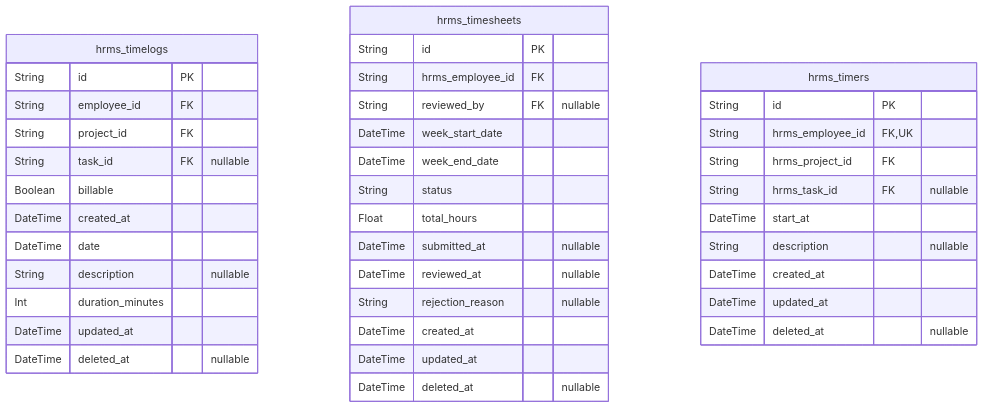
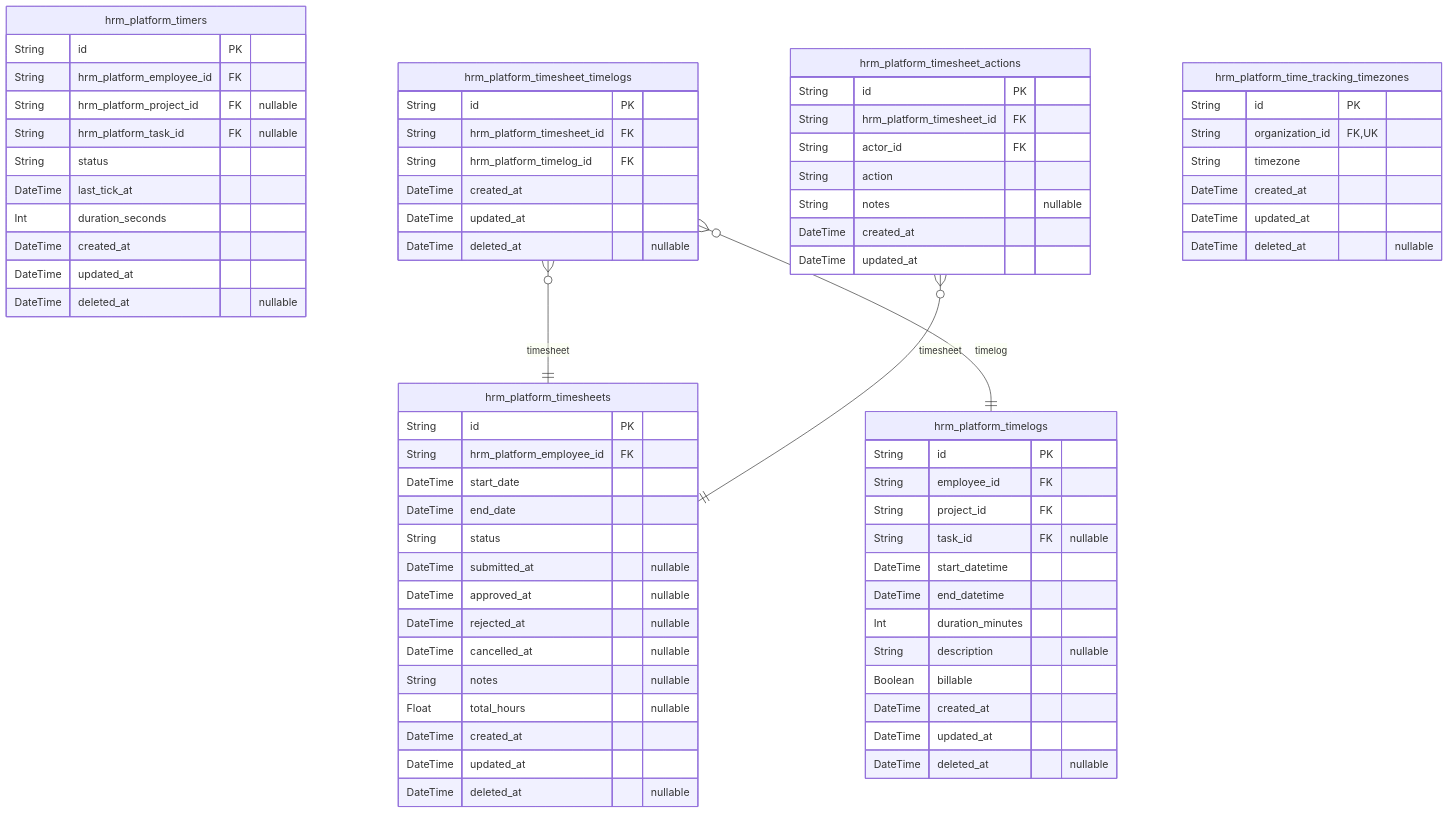
Before and after one commit to wrtnlabs/autobe-examples: the sixth of 8 diagrams in qwen/qwen3.5-35b-a3b/erp/docs/ERD.md, drawn with Mermaid. The commit also changed other lines of this file and 32093 other files, not shown here.

````diff
--- a/qwen/qwen3.5-35b-a3b/erp/docs/ERD.md
+++ b/qwen/qwen3.5-35b-a3b/erp/docs/ERD.md
@@ -995,42 +1803,73 @@
 ```mermaid
 erDiagram
-"hrms_timelogs" {
+"hrm_platform_timers" {
+  String id PK
+  String hrm_platform_employee_id FK
+  String hrm_platform_project_id FK "nullable"
+  String hrm_platform_task_id FK "nullable"
+  String status
+  DateTime last_tick_at
+  Int duration_seconds
+  DateTime created_at
+  DateTime updated_at
+  DateTime deleted_at "nullable"
+}
+"hrm_platform_timelogs" {
   String id PK
   String employee_id FK
   String project_id FK
   String task_id FK "nullable"
+  DateTime start_datetime
+  DateTime end_datetime
+  Int duration_minutes
+  String description "nullable"
   Boolean billable
-  DateTime created_at
-  DateTime date
-  String description "nullable"
-  Int duration_minutes
-  DateTime updated_at
-  DateTime deleted_at "nullable"
-}
-"hrms_timesheets" {
-  String id PK
-  String hrms_employee_id FK
-  String reviewed_by FK "nullable"
-  DateTime week_start_date
-  DateTime week_end_date
-  String status
-  Float total_hours
-  DateTime submitted_at "nullable"
-  DateTime reviewed_at "nullable"
-  String rejection_reason "nullable"
   DateTime created_at
   DateTime updated_at
   DateTime deleted_at "nullable"
 }
-"hrms_timers" {
+"hrm_platform_timesheets" {
   String id PK
-  String hrms_employee_id FK,UK
-  String hrms_project_id FK
-  String hrms_task_id FK "nullable"
-  DateTime start_at
-  String description "nullable"
+  String hrm_platform_employee_id FK
+  DateTime start_date
+  DateTime end_date
+  String status
+  DateTime submitted_at "nullable"
+  DateTime approved_at "nullable"
+  DateTime rejected_at "nullable"
+  DateTime cancelled_at "nullable"
+  String notes "nullable"
+  Float total_hours "nullable"
   DateTime created_at
   DateTime updated_at
   DateTime deleted_at "nullable"
 }
+"hrm_platform_timesheet_timelogs" {
+  String id PK
+  String hrm_platform_timesheet_id FK
+  String hrm_platform_timelog_id FK
+  DateTime created_at
+  DateTime updated_at
+  DateTime deleted_at "nullable"
+}
+"hrm_platform_timesheet_actions" {
+  String id PK
+  String hrm_platform_timesheet_id FK
+  String actor_id FK
+  String action
+  String notes "nullable"
+  DateTime created_at
+  DateTime updated_at
+}
+"hrm_platform_time_tracking_timezones" {
+  String id PK
+  String organization_id FK,UK
+  String timezone
+  DateTime created_at
+  DateTime updated_at
+  DateTime deleted_at "nullable"
+}
+"hrm_platform_timesheet_timelogs" }o--|| "hrm_platform_timesheets" : timesheet
+"hrm_platform_timesheet_timelogs" }o--|| "hrm_platform_timelogs" : timelog
+"hrm_platform_timesheet_actions" }o--|| "hrm_platform_timesheets" : timesheet
 ```
````
